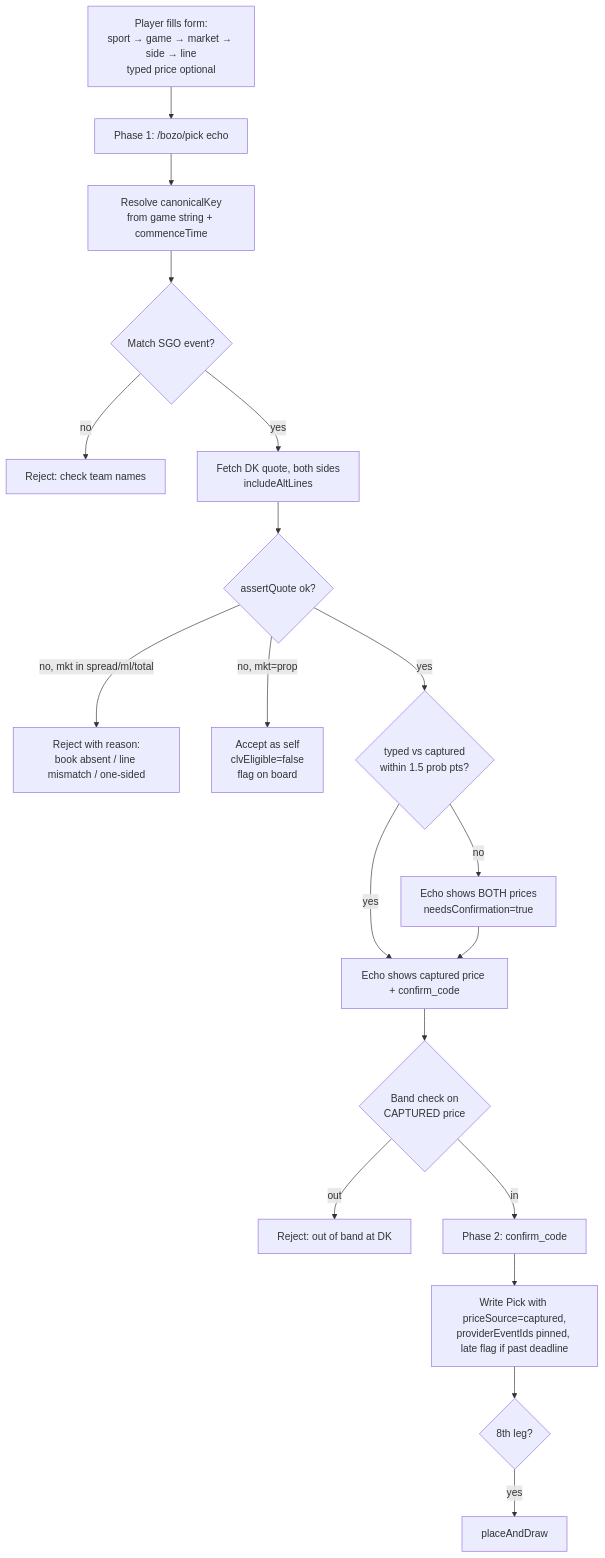
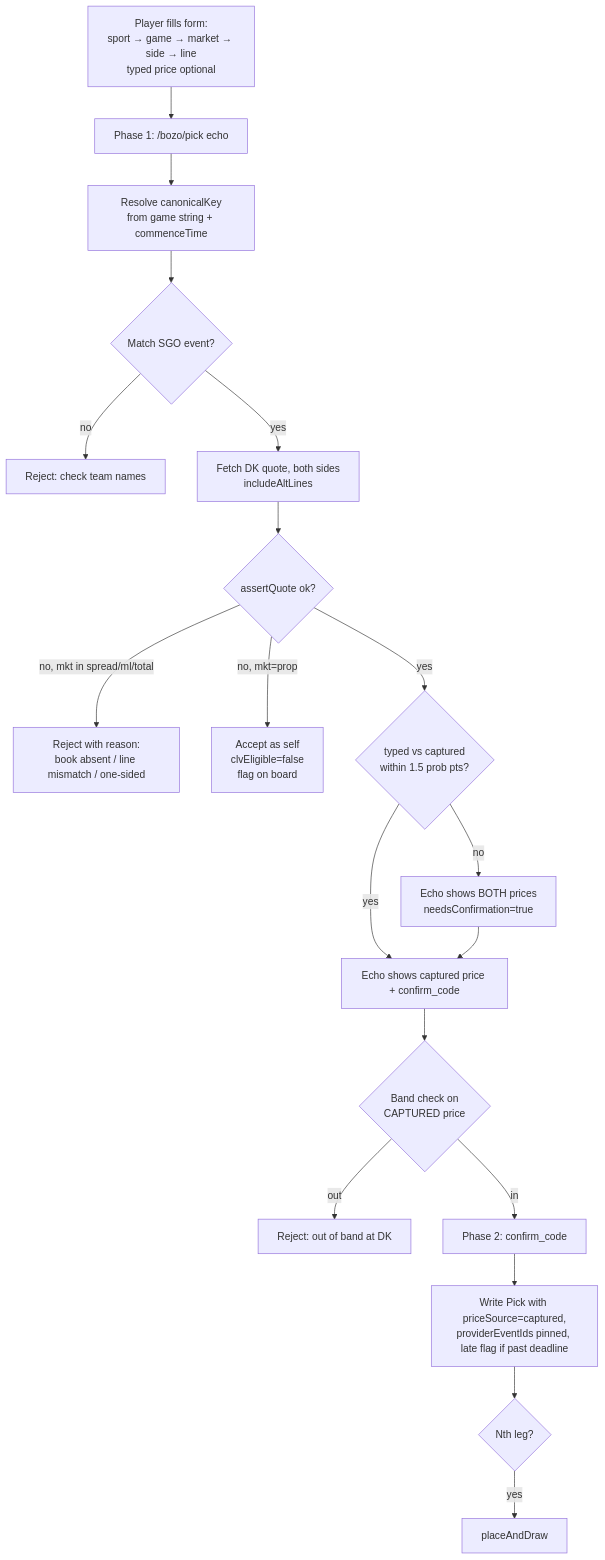
One commit to JKapcar/data-dawgs changed the fifth of 11 diagrams in docs/bozo-workplan.md. Above: the diagram before and after it, drawn with Mermaid. The commit also changed other lines of this file, not shown here.

````diff
--- a/docs/bozo-workplan.md
+++ b/docs/bozo-workplan.md
@@ -222,21 +230,21 @@
 ```mermaid
 flowchart TD
   S0[Player fills form:<br/>sport → game → market → side → line<br/>typed price optional] --> S1[Phase 1: /bozo/pick echo]
   S1 --> S2[Resolve canonicalKey<br/>from game string + commenceTime]
   S2 --> S3{Match SGO event?}
   S3 -- no --> S3a[Reject: check team names]
   S3 -- yes --> S4[Fetch DK quote, both sides<br/>includeAltLines]
   S4 --> S5{assertQuote ok?}
   S5 -- "no, mkt in spread/ml/total" --> S5a[Reject with reason:<br/>book absent / line mismatch / one-sided]
   S5 -- "no, mkt=prop" --> S5b[Accept as self<br/>clvEligible=false<br/>flag on board]
   S5 -- yes --> S6{typed vs captured<br/>within 1.5 prob pts?}
   S6 -- no --> S6a[Echo shows BOTH prices<br/>needsConfirmation=true]
   S6 -- yes --> S7[Echo shows captured price + confirm_code]
   S6a --> S7
   S7 --> S8{Band check on<br/>CAPTURED price}
   S8 -- out --> S8a[Reject: out of band at DK]
   S8 -- in --> S9[Phase 2: confirm_code]
   S9 --> S10[Write Pick with priceSource=captured,<br/>providerEventIds pinned, late flag if past deadline]
-  S10 --> S11{8th leg?}
+  S10 --> S11{Nth leg?}
   S11 -- yes --> S12[placeAndDraw]
 ```
````
